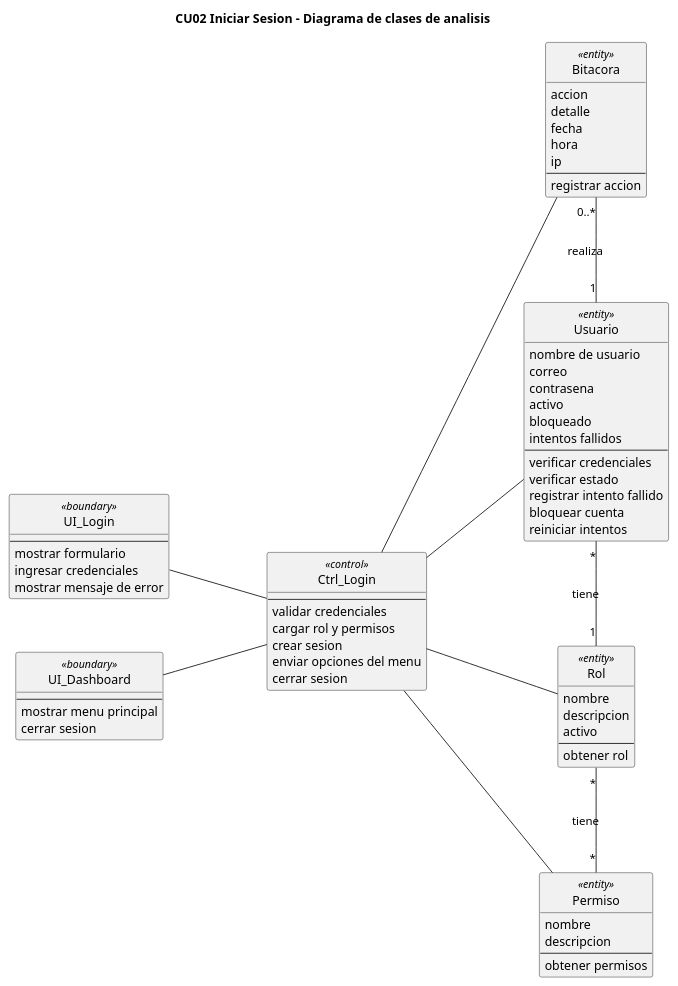
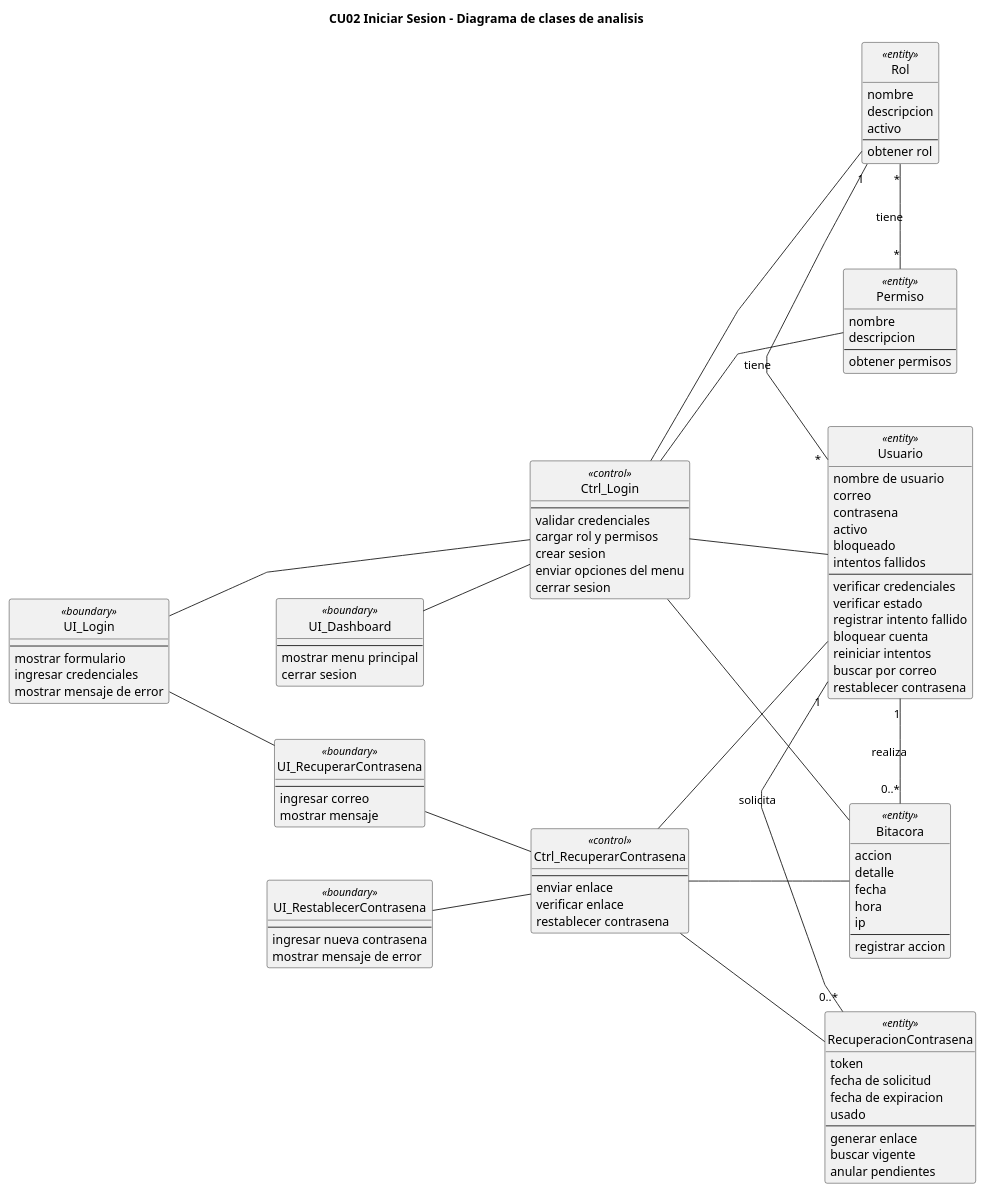
Before and after one commit to jherargm412-dev/clinica-vida-salud: the diagram in docs/casos_de_uso/usuarios_acceso/CU02_iniciar_sesion/clases_analisis.puml, drawn with PlantUML. The commit also changed 20 other files, not shown here.

First line of the commit message:
feat(usuarios_acceso): CU02 recuperar contraseña por correo

```diff
--- a/docs/casos_de_uso/usuarios_acceso/CU02_iniciar_sesion/clases_analisis.puml
+++ b/docs/casos_de_uso/usuarios_acceso/CU02_iniciar_sesion/clases_analisis.puml
@@ -1,72 +1,107 @@
 @startuml
 left to right direction
 skinparam linetype polyline
 skinparam nodesep 60
 skinparam ranksep 110
 hide circle
 title CU02 Iniciar Sesion - Diagrama de clases de analisis
 class UI_Login <<boundary>> {
   --
   mostrar formulario
   ingresar credenciales
   mostrar mensaje de error
 }
 class UI_Dashboard <<boundary>> {
   --
   mostrar menu principal
   cerrar sesion
 }
 class Ctrl_Login <<control>> {
   --
   validar credenciales
   cargar rol y permisos
   crear sesion
   enviar opciones del menu
   cerrar sesion
 }
 class Bitacora <<entity>> {
   accion
   detalle
   fecha
   hora
   ip
   --
   registrar accion
 }
 class Usuario <<entity>> {
   nombre de usuario
   correo
   contrasena
   activo
   bloqueado
   intentos fallidos
   --
   verificar credenciales
   verificar estado
   registrar intento fallido
   bloquear cuenta
   reiniciar intentos
+  buscar por correo
+  restablecer contrasena
+}
+class UI_RecuperarContrasena <<boundary>> {
+  --
+  ingresar correo
+  mostrar mensaje
+}
+class UI_RestablecerContrasena <<boundary>> {
+  --
+  ingresar nueva contrasena
+  mostrar mensaje de error
+}
+class Ctrl_RecuperarContrasena <<control>> {
+  --
+  enviar enlace
+  verificar enlace
+  restablecer contrasena
+}
+class RecuperacionContrasena <<entity>> {
+  token
+  fecha de solicitud
+  fecha de expiracion
+  usado
+  --
+  generar enlace
+  buscar vigente
+  anular pendientes
 }
 class Rol <<entity>> {
   nombre
   descripcion
   activo
   --
   obtener rol
 }
 class Permiso <<entity>> {
   nombre
   descripcion
   --
   obtener permisos
 }
 UI_Login -- Ctrl_Login
 UI_Dashboard -- Ctrl_Login
 Ctrl_Login -- Bitacora
 Ctrl_Login -- Usuario
 Ctrl_Login -- Rol
 Ctrl_Login -- Permiso
+UI_Login -- UI_RecuperarContrasena
+UI_RecuperarContrasena -- Ctrl_RecuperarContrasena
+UI_RestablecerContrasena -- Ctrl_RecuperarContrasena
+Ctrl_RecuperarContrasena -- Usuario
+Ctrl_RecuperarContrasena -- RecuperacionContrasena
+Ctrl_RecuperarContrasena -- Bitacora
+Usuario "1" -[norank]- "0..*" RecuperacionContrasena : solicita
 Usuario "1" -[norank]- "0..*" Bitacora : realiza
 Usuario "*" -[norank]- "1" Rol : tiene
 Rol "*" -[norank]- "*" Permiso : tiene
 @enduml
```
